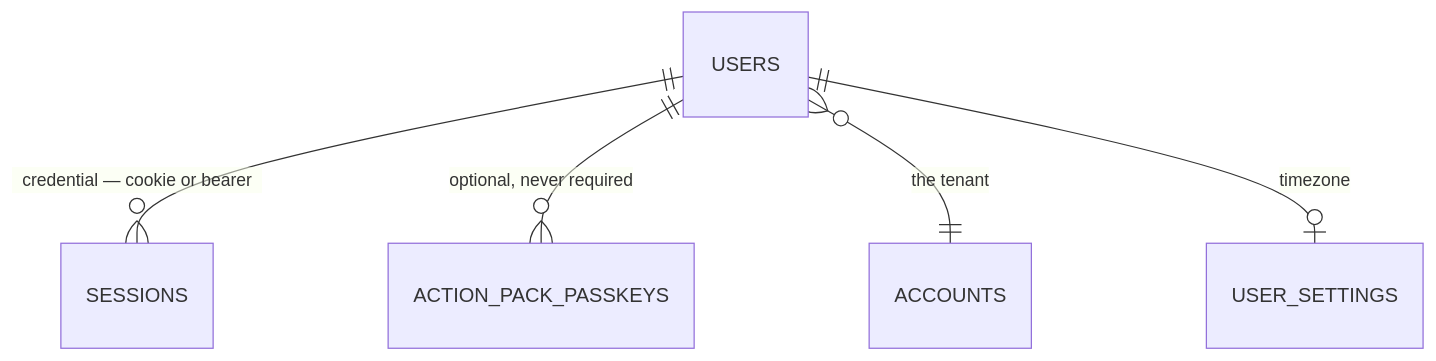
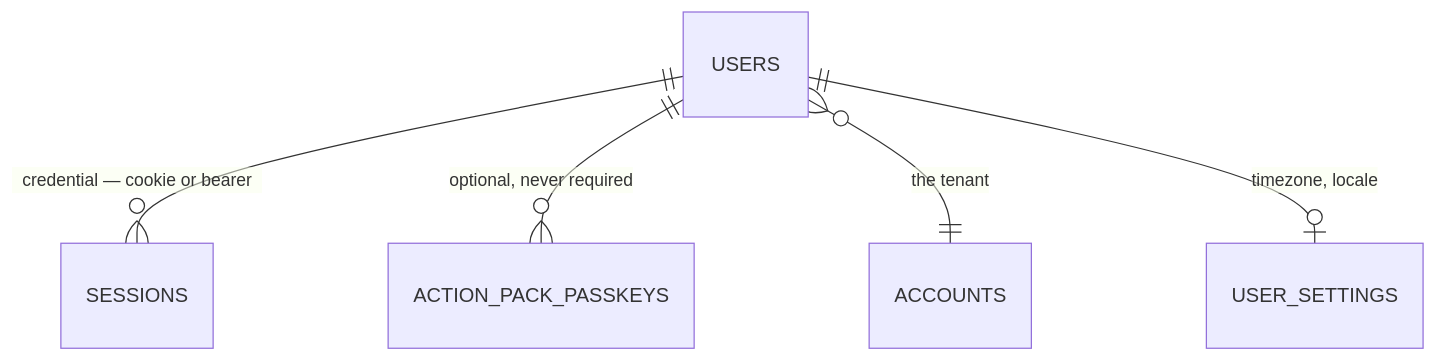
Before and after one commit to nexusaicodes/mudda: the second of 5 diagrams in ERD.md, drawn with Mermaid. The commit also changed other lines of this file and 309 other files, not shown here.

````diff
--- a/ERD.md
+++ b/ERD.md
@@ -275,7 +260,7 @@
 ```mermaid
 erDiagram
     USERS ||--o{ SESSIONS : "credential — cookie or bearer"
     USERS ||--o{ ACTION_PACK_PASSKEYS : "optional, never required"
     USERS }o--|| ACCOUNTS : "the tenant"
-    USERS ||--o| USER_SETTINGS : "timezone"
+    USERS ||--o| USER_SETTINGS : "timezone, locale"
 ```
````
